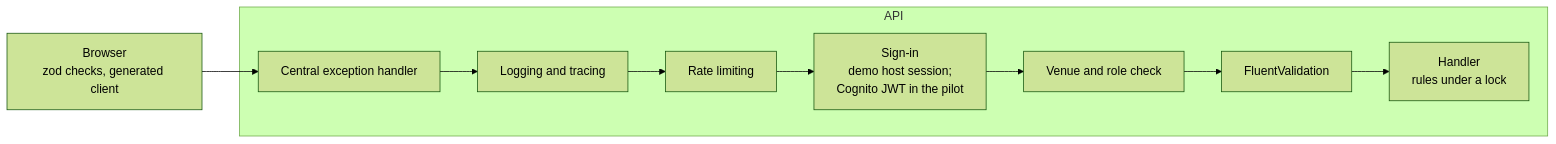
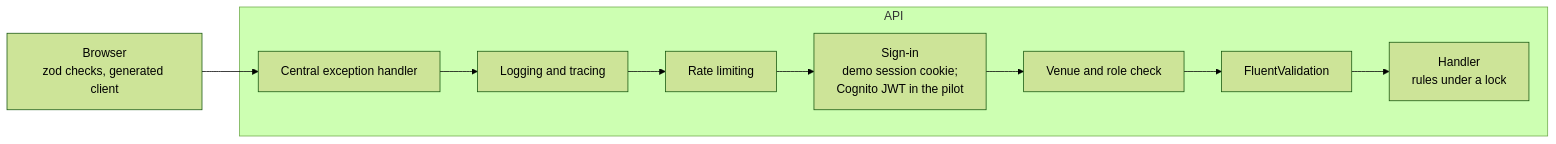
One commit to ring9834/TableReservation changed the fifth of 6 diagrams in docs/Architecture.md. Above: the diagram before and after it, drawn with Mermaid (forest theme). The commit also changed other lines of this file and 6 other files, not shown here.

````diff
--- a/docs/Architecture.md
+++ b/docs/Architecture.md
@@ -301,12 +301,12 @@
 ```mermaid
 flowchart LR
     b[Browser<br/>zod checks, generated client] --> eh
     subgraph api [API]
         eh[Central exception handler] --> log[Logging and tracing]
         log --> rl[Rate limiting]
-        rl --> auth[Sign-in<br/>demo host session;<br/>Cognito JWT in the pilot]
+        rl --> auth[Sign-in<br/>demo session cookie;<br/>Cognito JWT in the pilot]
         auth --> venue[Venue and role check]
         venue --> val[FluentValidation]
         val --> handler[Handler<br/>rules under a lock]
     end
 ```
````
